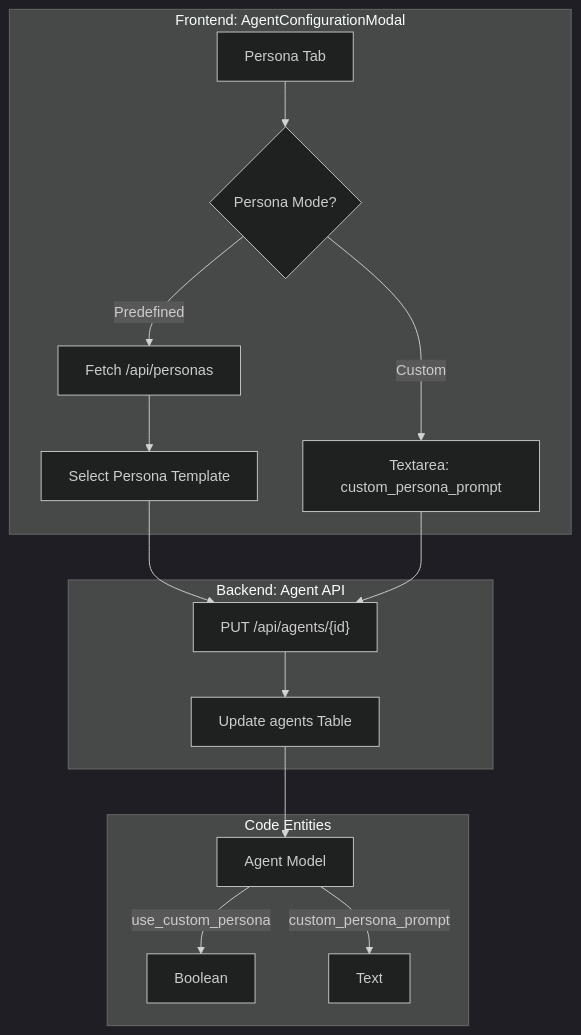
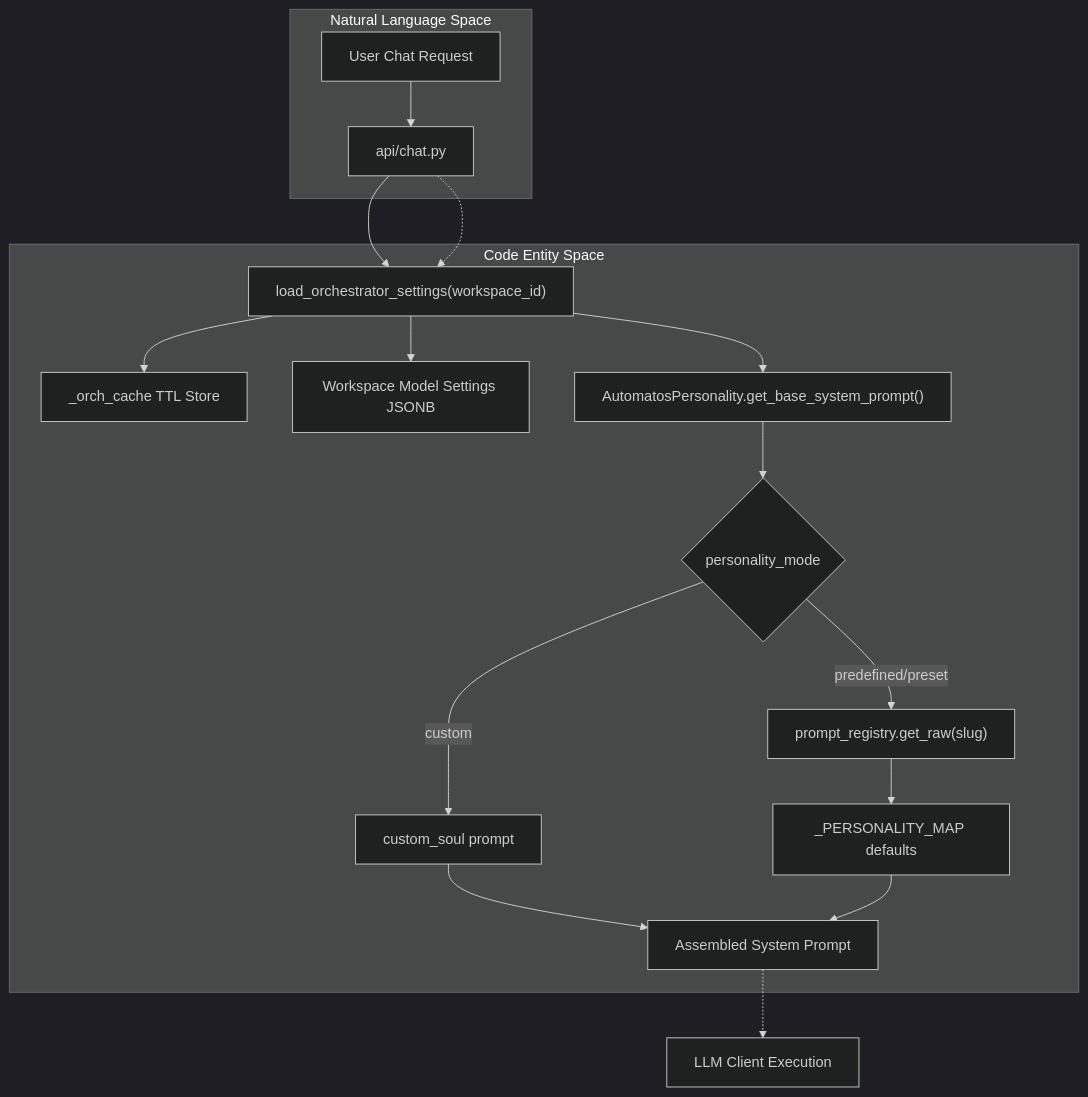
Before and after one commit to AutomatosAI/automatos-ai: the first of 2 diagrams in docs/agents/agent-personas.md, drawn with Mermaid (dark theme). The commit also changed other lines of this file and 191 other files, not shown here.

````diff
--- a/docs/agents/agent-personas.md
+++ b/docs/agents/agent-personas.md
@@ -71,21 +76,25 @@
 ```mermaid
 graph TD
-    subgraph "Frontend: AgentConfigurationModal"
-        UI["Persona Tab"] --> MODE{"Persona Mode?"}
-        MODE -- "Predefined" --> PL["Fetch /api/personas"]
-        MODE -- "Custom" --> CP["Textarea: custom_persona_prompt"]
-        PL --> SEL["Select Persona Template"]
+    subgraph "Natural Language Space"
+        Req["User Chat Request"] --> ChatApi["api/chat.py"]
     end
 
-    subgraph "Backend: Agent API"
-        SEL --> API["PUT /api/agents/{id}"]
-        CP --> API
-        API --> DB["Update agents Table"]
+    subgraph "Code Entity Space"
+        ChatApi --> LoadOrch["load_orchestrator_settings(workspace_id)"]
+        LoadOrch --> Cache["_orch_cache TTL Store"]
+        LoadOrch --> DB["Workspace Model Settings JSONB"]
+        
+        LoadOrch --> Pers["AutomatosPersonality.get_base_system_prompt()"]
+        Pers --> ModeEval{"personality_mode"}
+        
+        ModeEval -- "custom" --> Soul["custom_soul prompt"]
+        ModeEval -- "predefined/preset" --> Reg["prompt_registry.get_raw(slug)"]
+        Reg --> Fallback["_PERSONALITY_MAP defaults"]
+        
+        Soul --> PromptAssembly["Assembled System Prompt"]
+        Fallback --> PromptAssembly
     end
 
-    subgraph "Code Entities"
-        DB --> ENTITY["Agent Model"]
-        ENTITY -- "use_custom_persona" --> BOOL["Boolean"]
-        ENTITY -- "custom_persona_prompt" --> TXT["Text"]
-    end
+    ChatApi -.-> LoadOrch
+    PromptAssembly -.-> LLM["LLM Client Execution"]
 ```
````
